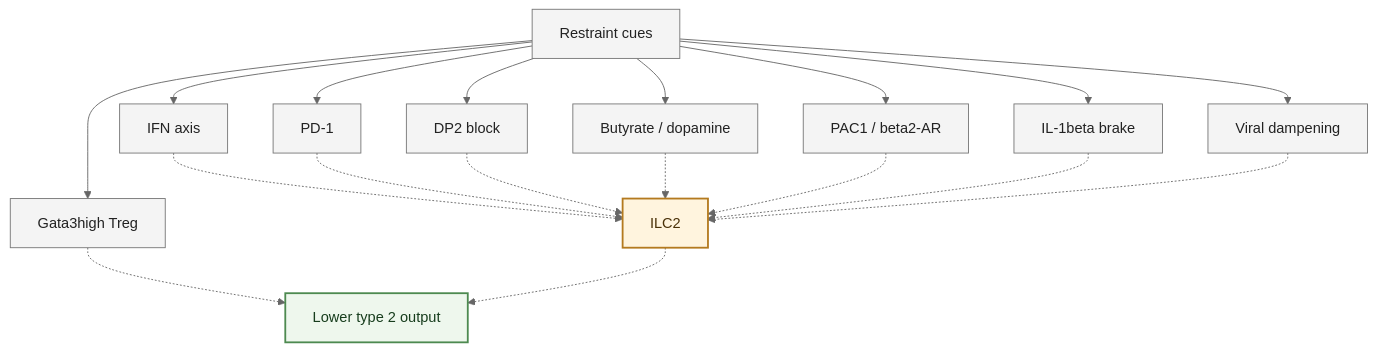
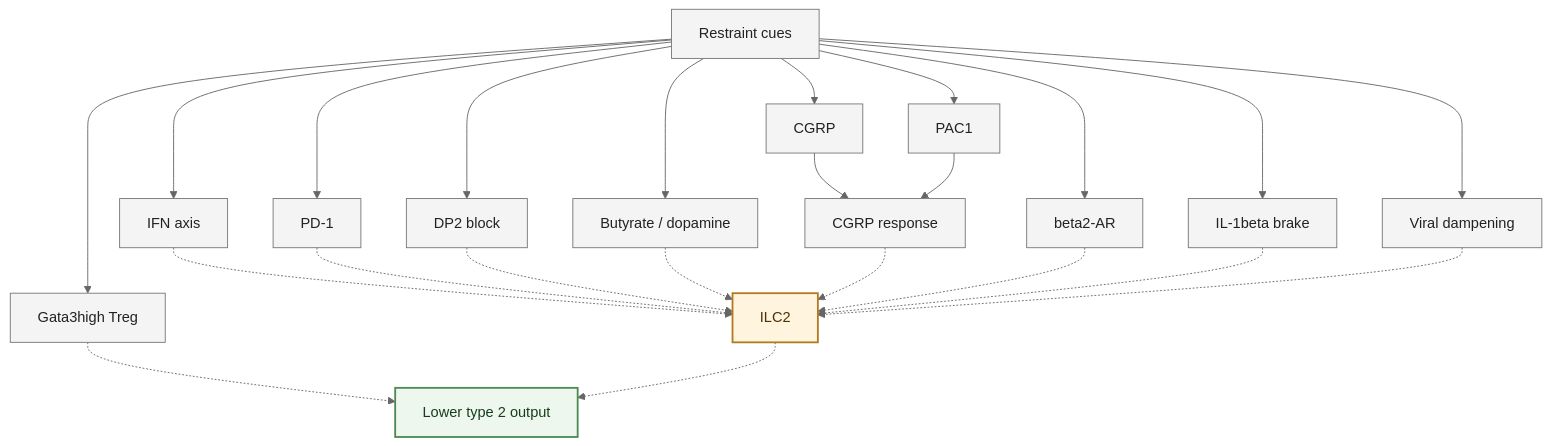
Before and after one commit to shao1116/ILC-Wiki: the second of 4 diagrams in wiki/topics/ILC2_functional_regulation_mechanisms.md, drawn with Mermaid (neutral theme). The commit also changed other lines of this file and 5 other files, not shown here.

````diff
--- a/wiki/topics/ILC2_functional_regulation_mechanisms.md
+++ b/wiki/topics/ILC2_functional_regulation_mechanisms.md
@@ -190,42 +190,50 @@
 ```mermaid
 flowchart TB
     accTitle: ILC2 Brakes And Restraint
     accDescr: Compact vertical map of inhibitory ILC2 regulatory inputs.
 
     brakes["Restraint cues"]
     interferon["IFN axis"]
     pd1["PD-1"]
     treg["Gata3high Treg"]
     dp2["DP2 block"]
     metabolic["Butyrate / dopamine"]
-    neural["PAC1 / beta2-AR"]
+    cgrp["CGRP"]
+    pac1["PAC1"]
+    cgrp_response["CGRP response"]
+    beta2["beta2-AR"]
     il1b["IL-1beta brake"]
     viral["Viral dampening"]
     ilc2["ILC2"]
     lower["Lower type 2 output"]
 
     brakes --> interferon
     brakes --> pd1
     brakes --> treg
     brakes --> dp2
     brakes --> metabolic
-    brakes --> neural
+    brakes --> cgrp
+    brakes --> pac1
+    brakes --> beta2
     brakes --> il1b
     brakes --> viral
     interferon -.-> ilc2
     pd1 -.-> ilc2
     treg -.-> lower
     dp2 -.-> ilc2
     metabolic -.-> ilc2
-    neural -.-> ilc2
+    cgrp --> cgrp_response
+    pac1 --> cgrp_response
+    cgrp_response -.-> ilc2
+    beta2 -.-> ilc2
     il1b -.-> ilc2
     viral -.-> ilc2
     ilc2 -.-> lower
 
     classDef brake fill:#f4f4f4,stroke:#777,stroke-width:1px,color:#222
     classDef cell fill:#fff4de,stroke:#b47a1f,stroke-width:2px,color:#4a3108
     classDef output fill:#eef7ed,stroke:#4d8a50,stroke-width:2px,color:#173d1d
-    class brakes,interferon,pd1,treg,dp2,metabolic,neural,il1b,viral brake
+    class brakes,interferon,pd1,treg,dp2,metabolic,cgrp,pac1,cgrp_response,beta2,il1b,viral brake
     class ilc2 cell
     class lower output
 ```
````
